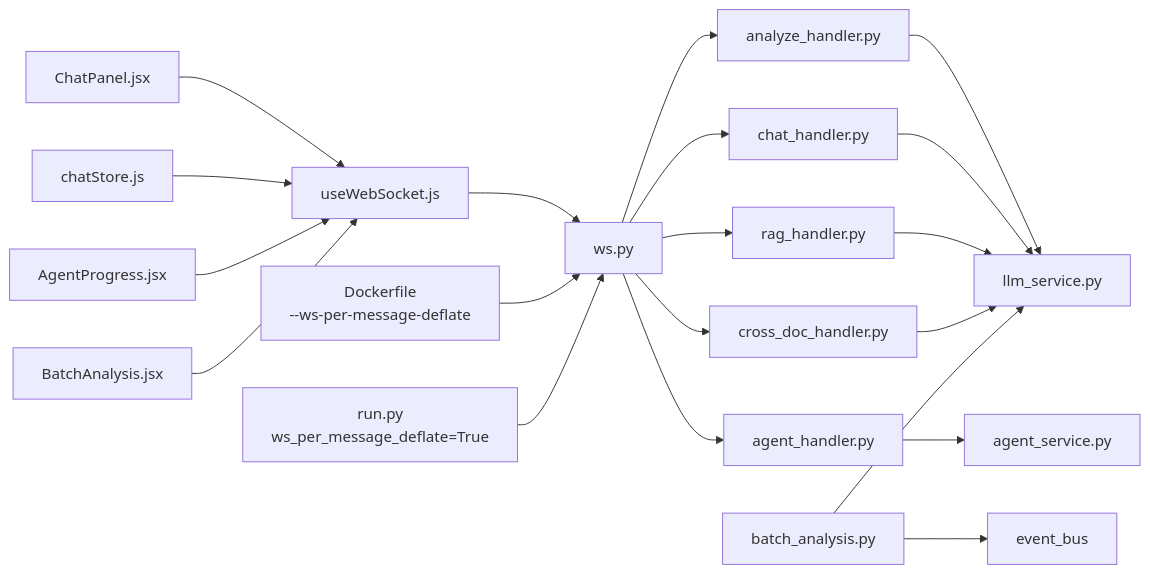
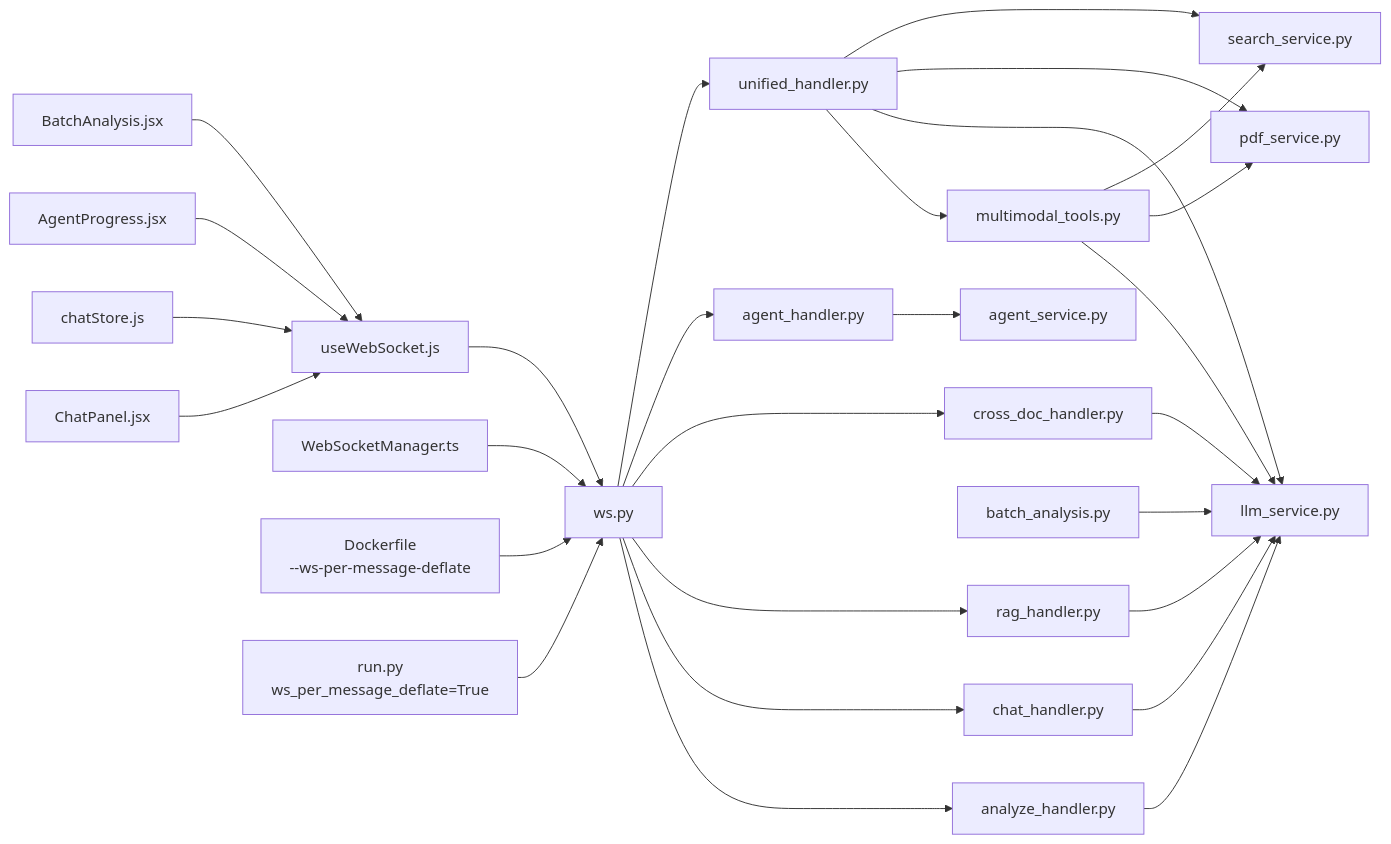
The tenth of 10 diagrams in .qoder/repowiki/zh/content/WebSocket 通信协议/WebSocket 通信协议.md (laohanhahaha/PaperChat), drawn with Mermaid before and after one commit. The commit also changed other lines of this file and 185 other files, not shown here.

````diff
--- a/.qoder/repowiki/zh/content/WebSocket 通信协议/WebSocket 通信协议.md
+++ b/.qoder/repowiki/zh/content/WebSocket 通信协议/WebSocket 通信协议.md
@@ -473,22 +562,30 @@
 ```mermaid
 graph LR
 WS["ws.py"] --> AH["analyze_handler.py"]
 WS --> CH["chat_handler.py"]
 WS --> RH["rag_handler.py"]
 WS --> XH["cross_doc_handler.py"]
 WS --> AGH["agent_handler.py"]
+WS --> UH["unified_handler.py"]
+UH --> MT["multimodal_tools.py"]
 AH --> LLM["llm_service.py"]
 CH --> LLM
 RH --> LLM
 XH --> LLM
 AGH --> AGS["agent_service.py"]
+UH --> LLM
+UH --> PDF["pdf_service.py"]
+UH --> SEARCH["search_service.py"]
+MT --> LLM
+MT --> PDF
+MT --> SEARCH
 BA["batch_analysis.py"] --> LLM
-BA --> EB["event_bus"]
 FE["useWebSocket.js"] --> WS
+FE_TS["WebSocketManager.ts"] --> WS
 FE_UI["ChatPanel.jsx"] --> FE
 FE_STORE["chatStore.js"] --> FE
 FE_AGENT["AgentProgress.jsx"] --> FE
 FE_BATCH["BatchAnalysis.jsx"] --> FE
 DOCKER["Dockerfile<br/>--ws-per-message-deflate"] --> WS
 RUN["run.py<br/>ws_per_message_deflate=True"] --> WS
 ```
````
